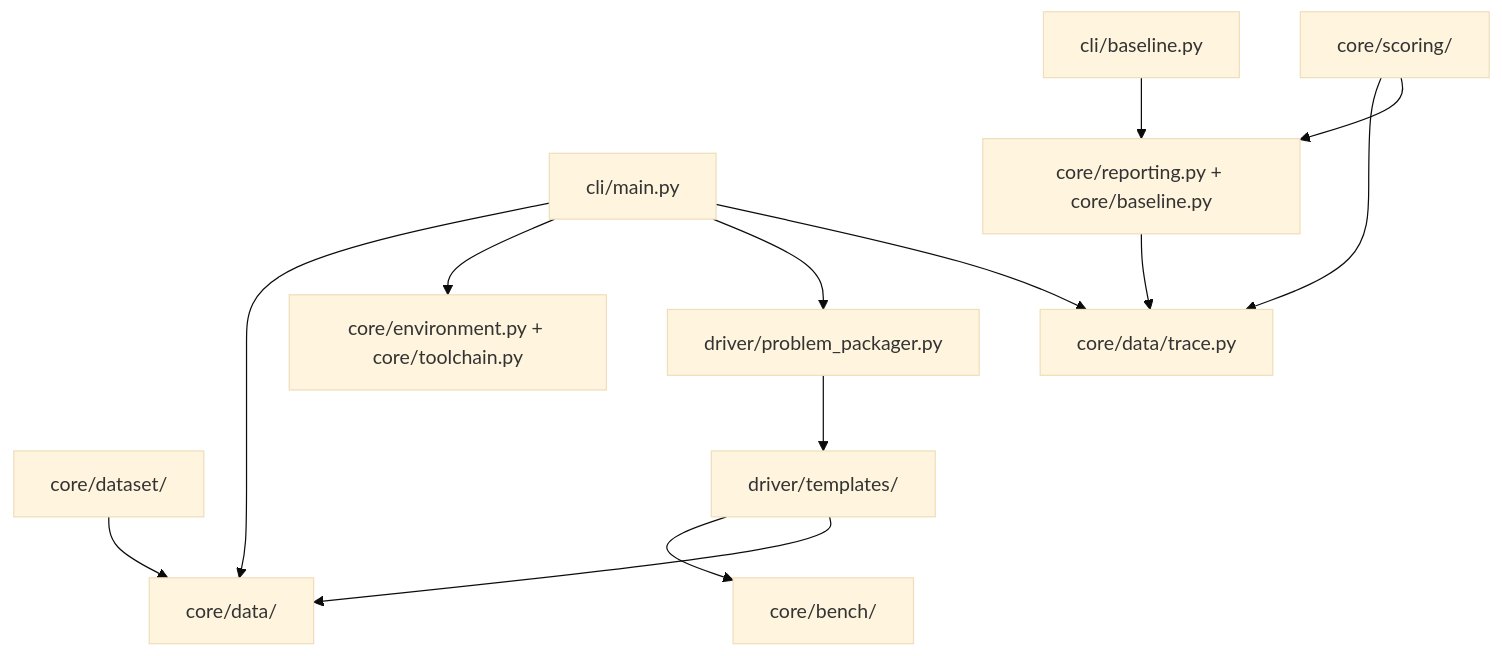
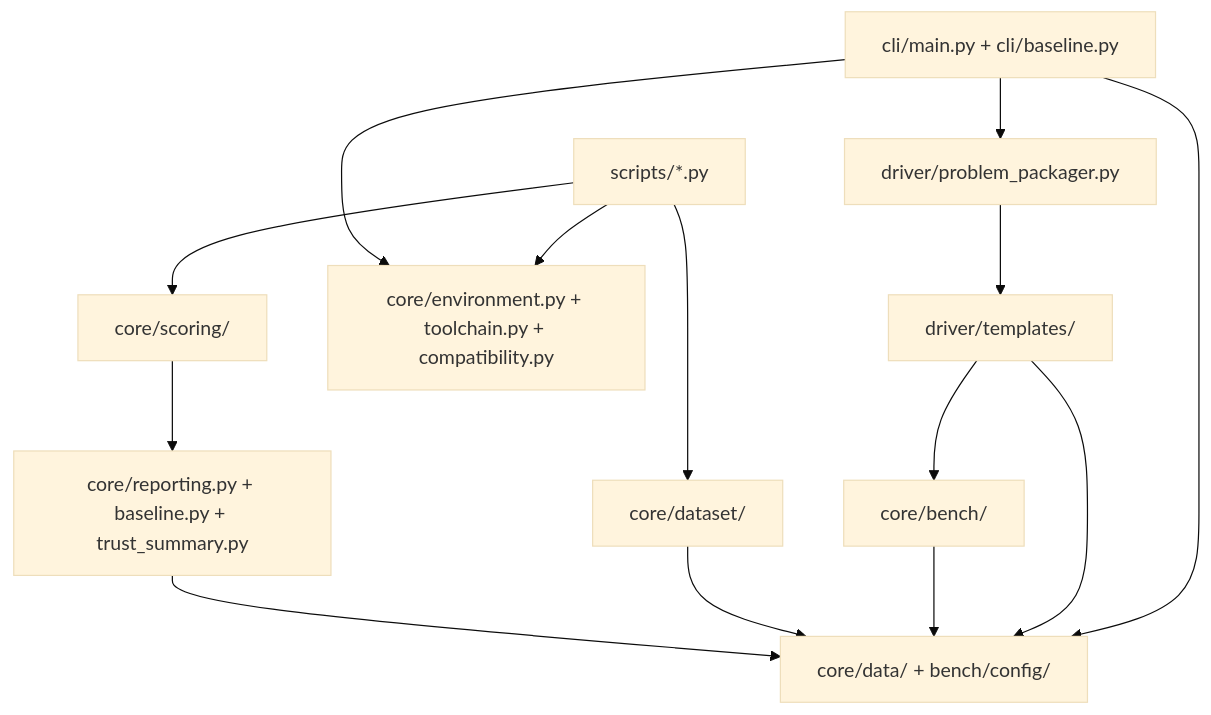
One commit to gwokhou/SOL-ExecBench-ROCm changed the diagram in docs/ARCHITECTURE.md. Above: the diagram before and after it, drawn with Mermaid (base theme). The commit also changed other lines of this file and 14 other files, not shown here.

````diff
--- a/docs/ARCHITECTURE.md
+++ b/docs/ARCHITECTURE.md
@@ -33,27 +18,27 @@
 ```mermaid
 graph TD
-    CLI["cli/main.py"]
-    BaselineCLI["cli/baseline.py"]
-    Models["core/data/"]
+    Scripts["scripts/*.py"]
+    CLI["cli/main.py + cli/baseline.py"]
+    Models["core/data/ + bench/config/"]
+    Packager["driver/problem_packager.py"]
+    Templates["driver/templates/"]
     Bench["core/bench/"]
+    Evidence["core/environment.py + toolchain.py + compatibility.py"]
     Dataset["core/dataset/"]
     Scoring["core/scoring/"]
-    Diagnostics["core/environment.py + core/toolchain.py"]
-    Packager["driver/problem_packager.py"]
-    Templates["driver/templates/"]
-    Trace["core/data/trace.py"]
-    Reporting["core/reporting.py + core/baseline.py"]
+    Reports["core/reporting.py + baseline.py + trust_summary.py"]
 
+    Scripts --> Dataset
+    Scripts --> Evidence
+    Scripts --> Scoring
     CLI --> Models
-    CLI --> Diagnostics
     CLI --> Packager
+    CLI --> Evidence
     Packager --> Templates
     Templates --> Bench
     Templates --> Models
-    CLI --> Trace
-    BaselineCLI --> Reporting
-    Reporting --> Trace
+    Bench --> Models
     Dataset --> Models
-    Scoring --> Trace
-    Scoring --> Reporting
+    Scoring --> Reports
+    Reports --> Models
 ```
````
